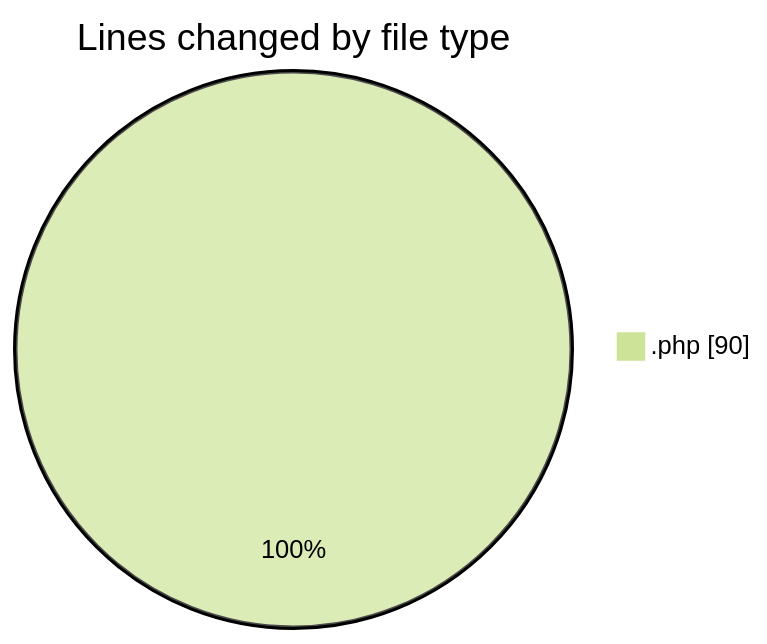
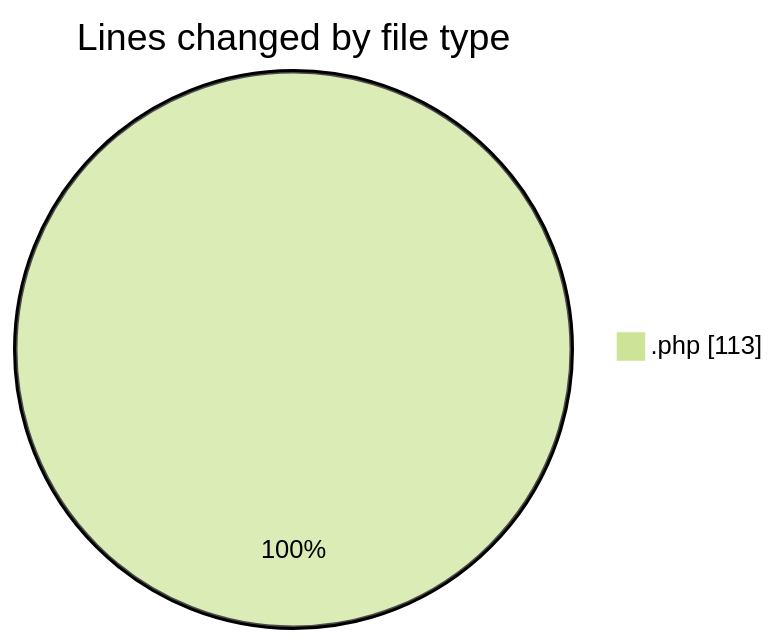
One commit to idhammustaqopulfikri/code-tracking changed the first of 2 diagrams in 2025-05-26/bookingpodcas/README.md. Above: the diagram before and after it, drawn with Mermaid (forest theme). The commit also changed other lines of this file and 1 other file, not shown here.

````diff
--- a/2025-05-26/bookingpodcas/README.md
+++ b/2025-05-26/bookingpodcas/README.md
@@ -21,5 +22,5 @@
 ```mermaid
 pie showData
 title Lines changed by file type
-".php" : 90
+".php" : 113
 ```
````
